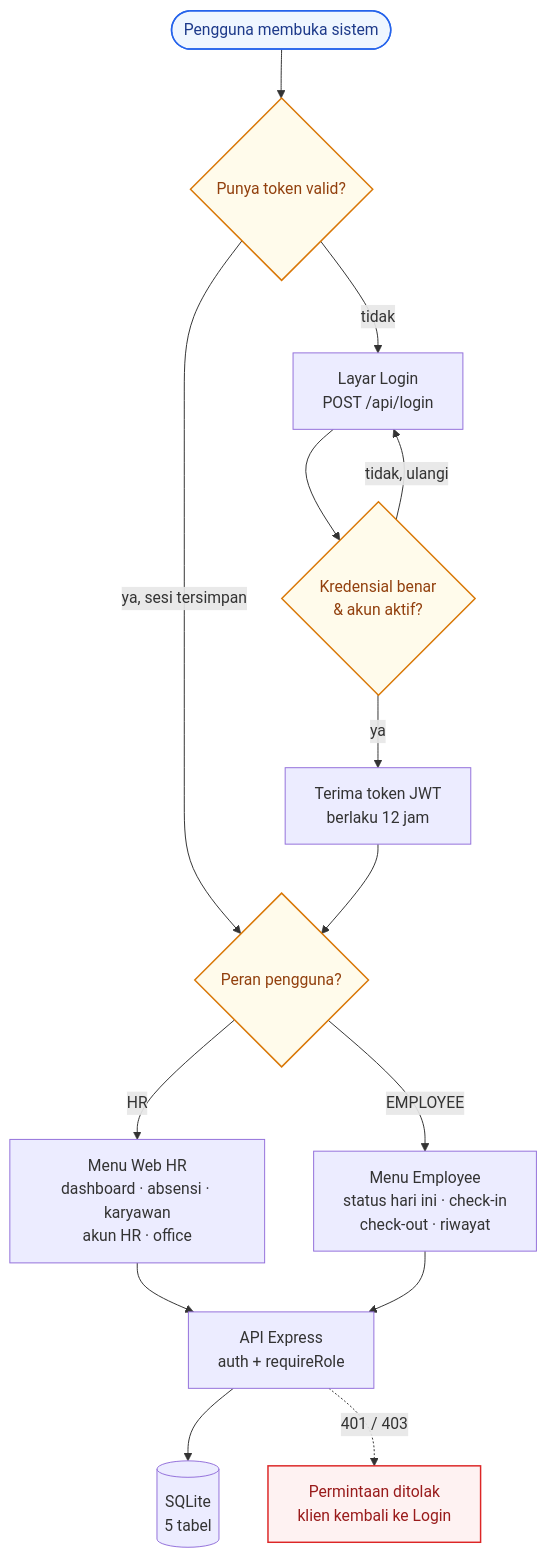
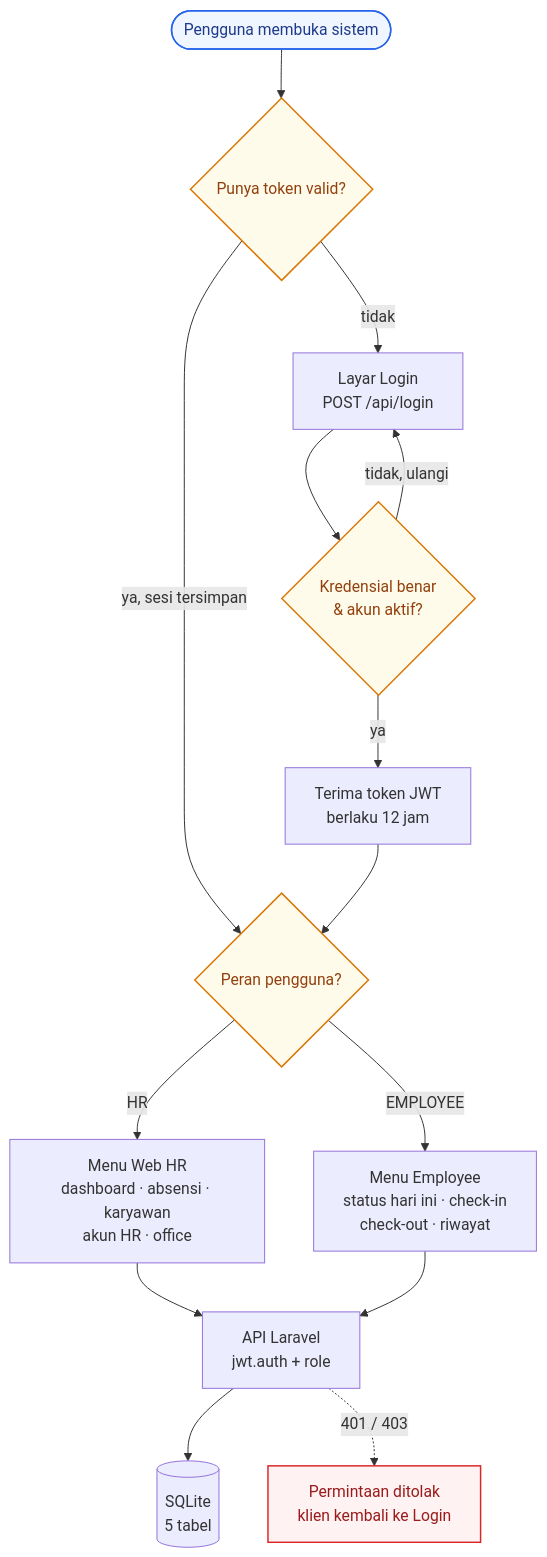
The first of 11 diagrams in docs/project-a/05-Flowchart.md (faizmarwan2/Project1), drawn with Mermaid before and after one commit. The commit also changed other lines of this file and 20 other files, not shown here.

````diff
--- a/docs/project-a/05-Flowchart.md
+++ b/docs/project-a/05-Flowchart.md
@@ -17,22 +17,22 @@
 ```mermaid
 flowchart TD
     START(["Pengguna membuka sistem"]):::start --> Q1{"Punya token valid?"}:::gate
     Q1 -- "tidak" --> LOGIN["Layar Login<br/>POST /api/login"]
     LOGIN --> OK{"Kredensial benar<br/>& akun aktif?"}:::gate
     OK -- "tidak, ulangi" --> LOGIN
     OK -- "ya" --> TOKEN["Terima token JWT<br/>berlaku 12 jam"]
     Q1 -- "ya, sesi tersimpan" --> ROLE
     TOKEN --> ROLE{"Peran pengguna?"}:::gate
 
     ROLE -- "HR" --> HRHUB["Menu Web HR<br/>dashboard · absensi · karyawan<br/>akun HR · office"]
     ROLE -- "EMPLOYEE" --> EMPHUB["Menu Employee<br/>status hari ini · check-in<br/>check-out · riwayat"]
 
-    HRHUB --> API["API Express<br/>auth + requireRole"]
+    HRHUB --> API["API Laravel<br/>jwt.auth + role"]
     EMPHUB --> API
     API --> DB[("SQLite<br/>5 tabel")]
     API -. "401 / 403" .-> X["Permintaan ditolak<br/>klien kembali ke Login"]:::err
 
     classDef start fill:#eff6ff,stroke:#2563eb,color:#1e3a8a,stroke-width:1.5px;
     classDef gate fill:#fffbeb,stroke:#d97706,color:#92400e,stroke-width:1.5px;
     classDef err fill:#fef2f2,stroke:#dc2626,color:#991b1b,stroke-width:1.5px;
 ```
````
